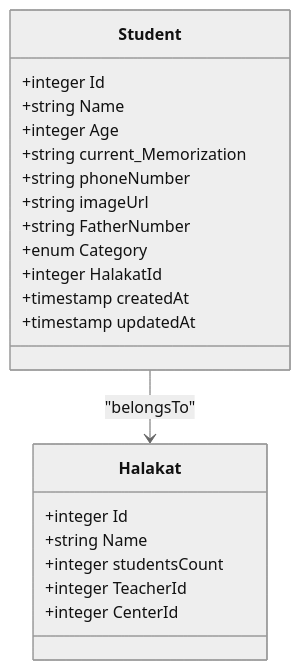
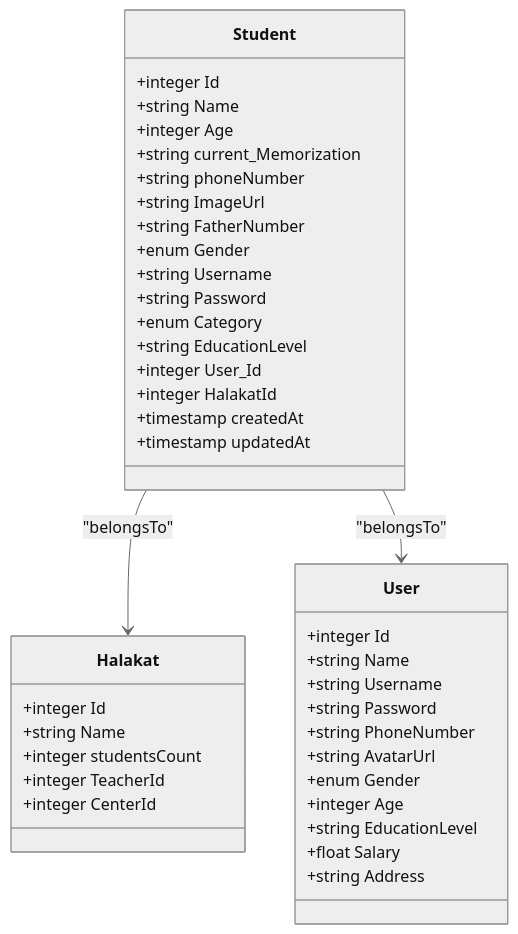
Before and after one commit to Mreng78/khirocom_project: the third of 7 diagrams in .qoder/repowiki/en/content/Database Design/Student Model.md, drawn with Mermaid (neutral theme). The commit also changed other lines of this file and 13 other files, not shown here.

````diff
--- a/.qoder/repowiki/en/content/Database Design/Student Model.md
+++ b/.qoder/repowiki/en/content/Database Design/Student Model.md
@@ -110,24 +143,43 @@
 ```mermaid
 classDiagram
 class Student {
 +integer Id
 +string Name
 +integer Age
 +string current_Memorization
 +string phoneNumber
-+string imageUrl
++string ImageUrl
 +string FatherNumber
++enum Gender
++string Username
++string Password
 +enum Category
++string EducationLevel
++integer User_Id
 +integer HalakatId
 +timestamp createdAt
 +timestamp updatedAt
+}
+class User {
++integer Id
++string Name
++string Username
++string Password
++string PhoneNumber
++string AvatarUrl
++enum Gender
++integer Age
++string EducationLevel
++float Salary
++string Address
 }
 class Halakat {
 +integer Id
 +string Name
 +integer studentsCount
 +integer TeacherId
 +integer CenterId
 }
 Student --> Halakat : "belongsTo"
+Student --> User : "belongsTo"
 ```
````
